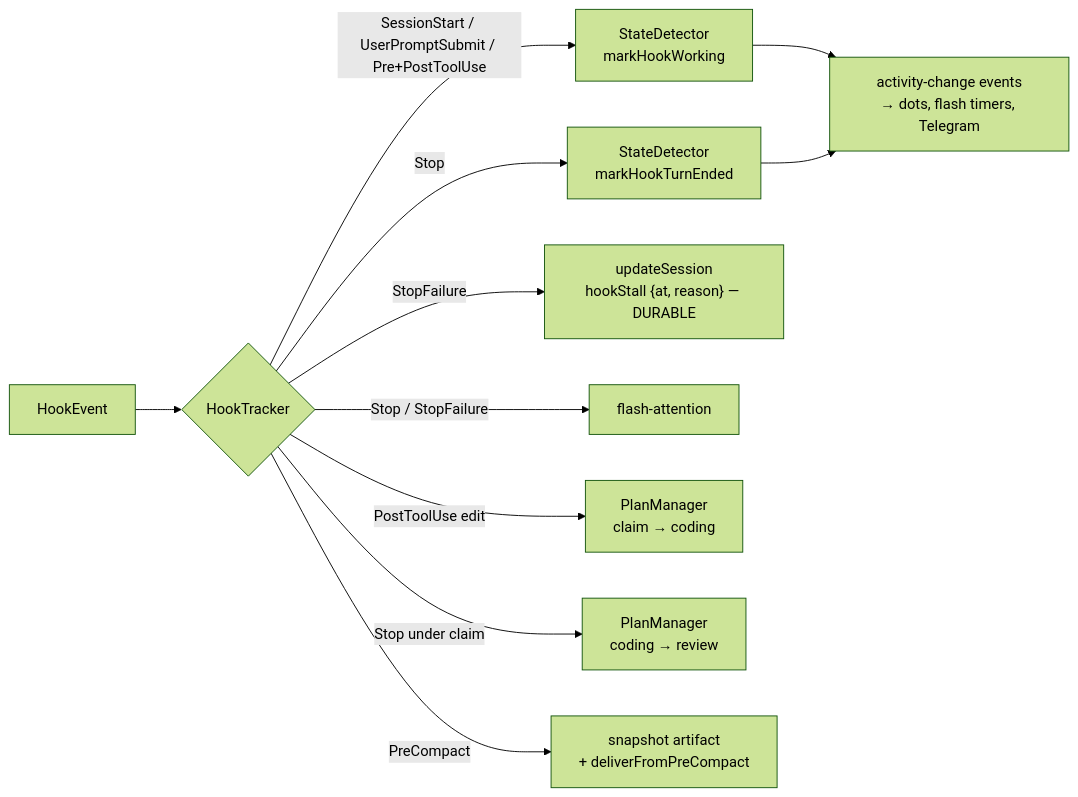
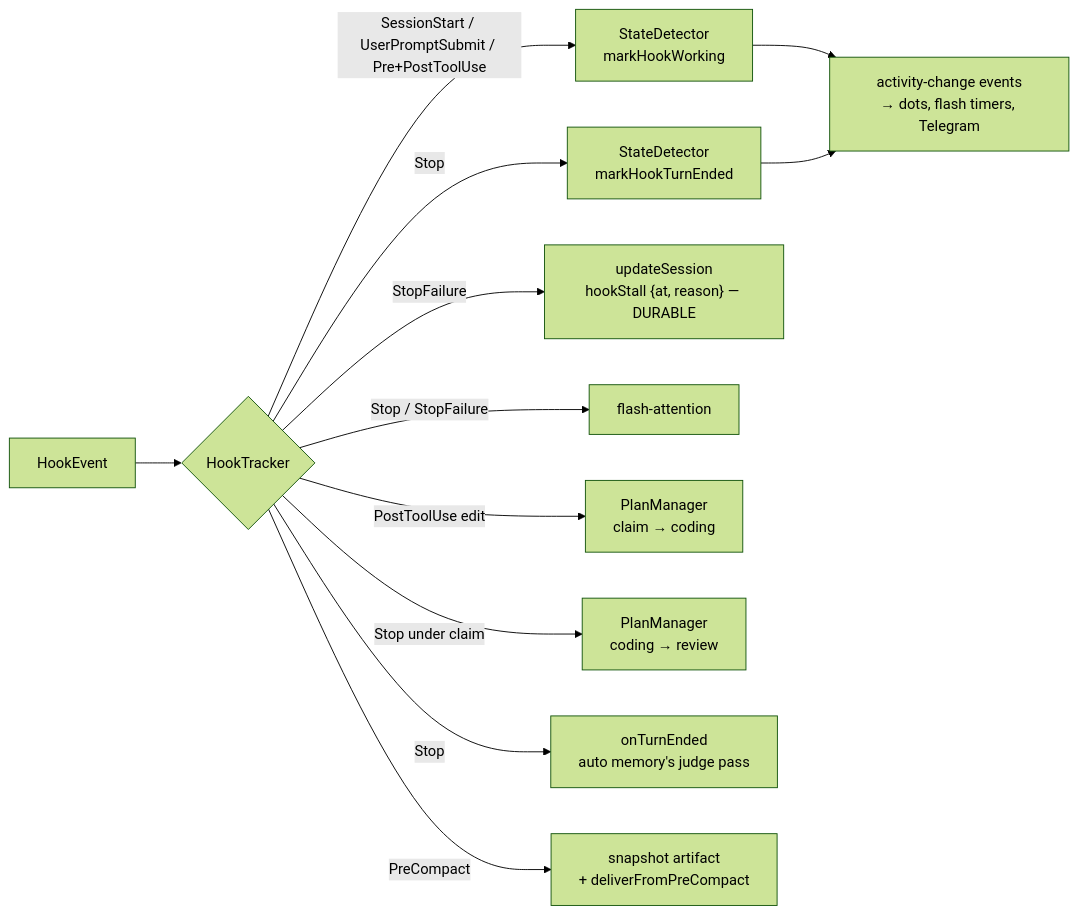
One commit to PetePeter/helm changed the fourth of 7 diagrams in docs/cli-hooks.md. Above: the diagram before and after it, drawn with Mermaid (forest theme). The commit also changed other lines of this file and 123 other files, not shown here.

First line of the commit message:
feat: v4.6.1 - auto memory, scratchpad, headless recorder (experimental)

````diff
--- a/docs/cli-hooks.md
+++ b/docs/cli-hooks.md
@@ -175,13 +175,14 @@
 ```mermaid
 flowchart LR
     R[HookEvent] --> T{HookTracker}
     T -->|SessionStart / UserPromptSubmit / Pre+PostToolUse| W["StateDetector<br/>markHookWorking"]
     T -->|Stop| E["StateDetector<br/>markHookTurnEnded"]
     W --> A[activity-change events<br/>→ dots, flash timers, Telegram]
     E --> A
     T -->|StopFailure| S["updateSession<br/>hookStall {at, reason} — DURABLE"]
     T -->|Stop / StopFailure| F[flash-attention]
     T -->|PostToolUse edit| P["PlanManager<br/>claim → coding"]
     T -->|Stop under claim| P2["PlanManager<br/>coding → review"]
+    T -->|Stop| M["onTurnEnded<br/>auto memory's judge pass"]
     T -->|PreCompact| C["snapshot artifact<br/>+ deliverFromPreCompact"]
 ```
````
